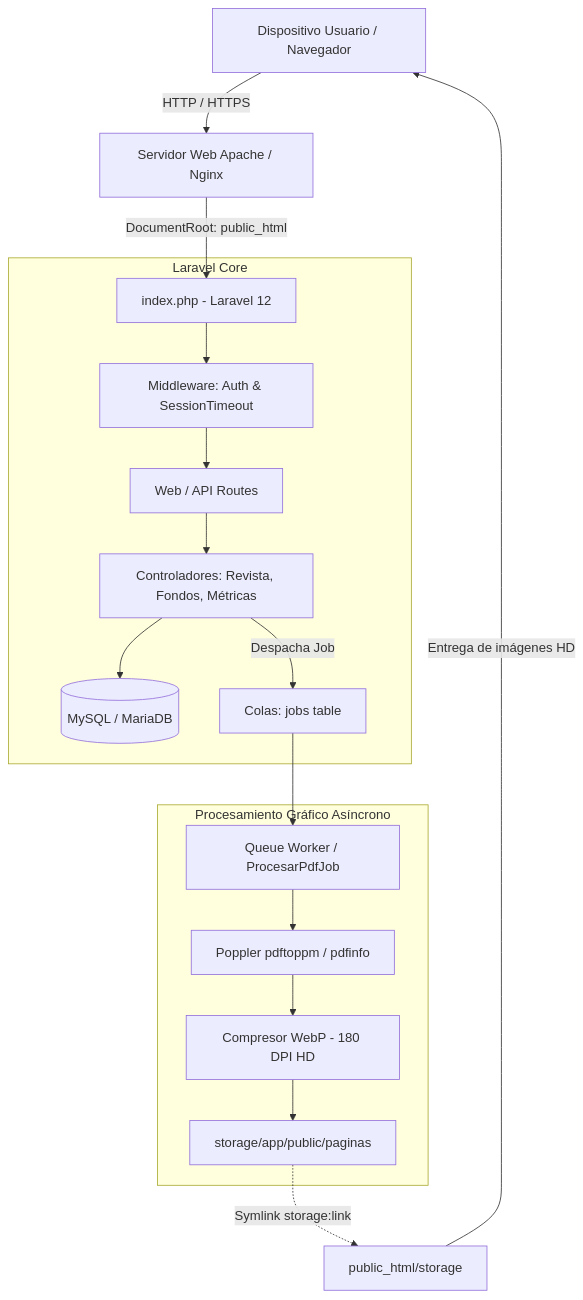
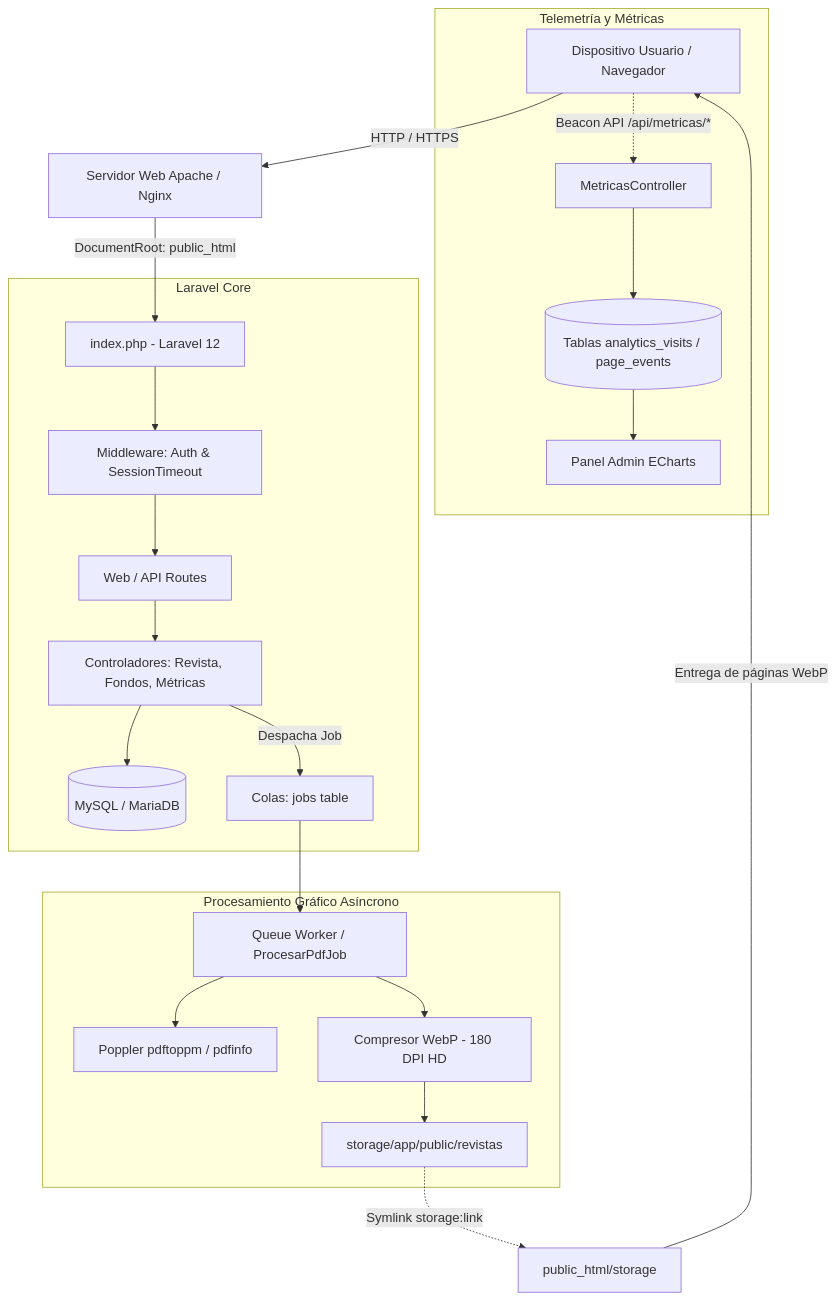
The diagram in README.md (HazaelH/itinews), drawn with Mermaid before and after one commit. The commit also changed other lines of this file and 1 other file, not shown here.

````diff
--- a/README.md
+++ b/README.md
@@ -84,23 +81,29 @@
 ```mermaid
 graph TD
     Client[Dispositivo Usuario / Navegador] -->|HTTP / HTTPS| WebServer[Servidor Web Apache / Nginx]
     WebServer -->|DocumentRoot: public_html| FrontController[index.php - Laravel 12]
     
     subgraph Laravel Core
         FrontController --> Middleware[Middleware: Auth & SessionTimeout]
         Middleware --> Router[Web / API Routes]
         Router --> Controllers[Controladores: Revista, Fondos, Métricas]
         Controllers --> Database[(MySQL / MariaDB)]
         Controllers -->|Despacha Job| Queue[Colas: jobs table]
     end
 
     subgraph Procesamiento Gráfico Asíncrono
         Queue --> Worker[Queue Worker / ProcesarPdfJob]
         Worker --> Poppler[Poppler pdftoppm / pdfinfo]
-        Poppler --> WebPConverter[Compresor WebP - 180 DPI HD]
-        WebPConverter --> StoragePublic[storage/app/public/paginas]
+        Worker --> WebPConverter[Compresor WebP - 180 DPI HD]
+        WebPConverter --> StoragePublic[storage/app/public/revistas]
+    end
+
+    subgraph Telemetría y Métricas
+        Client -.->|Beacon API /api/metricas/*| MetricasCtrl[MetricasController]
+        MetricasCtrl --> Analytics[(Tablas analytics_visits / page_events)]
+        Analytics --> Echarts[Panel Admin ECharts]
     end
 
     StoragePublic -.->|Symlink storage:link| PublicStorage[public_html/storage]
-    PublicStorage -->|Entrega de imágenes HD| Client
+    PublicStorage -->|Entrega de páginas WebP| Client
 ```
````
